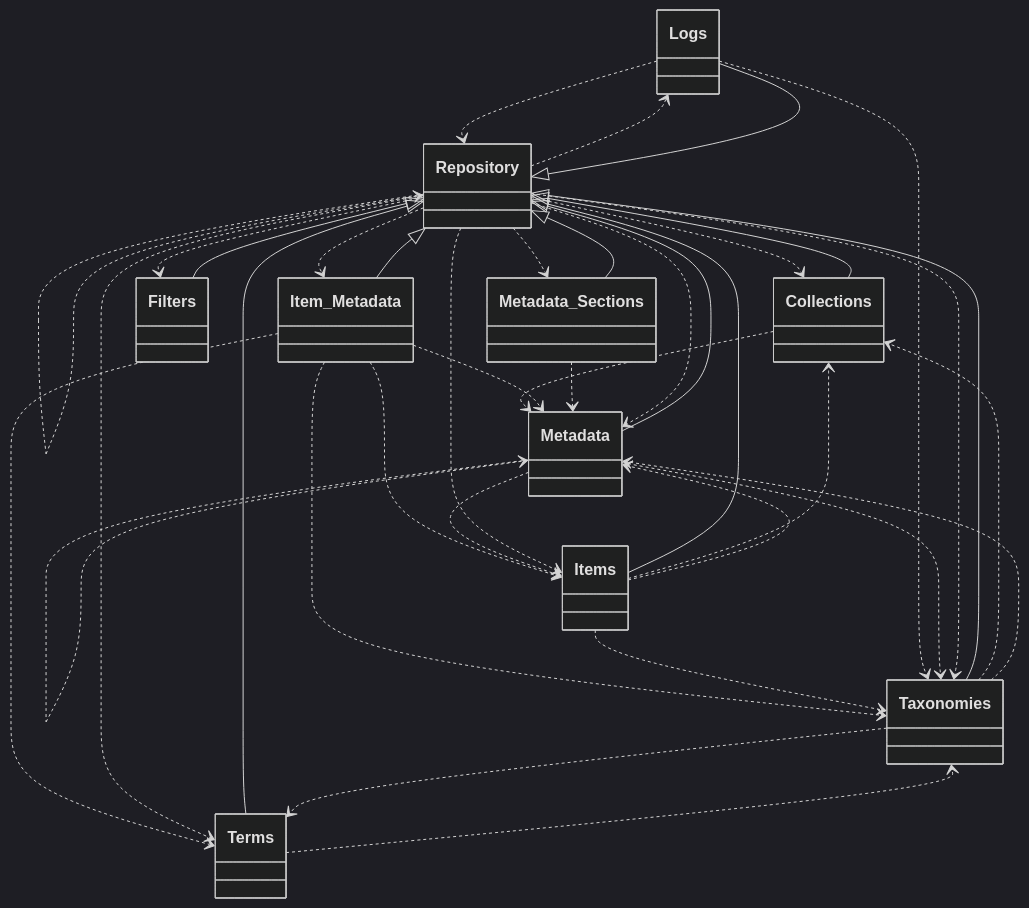
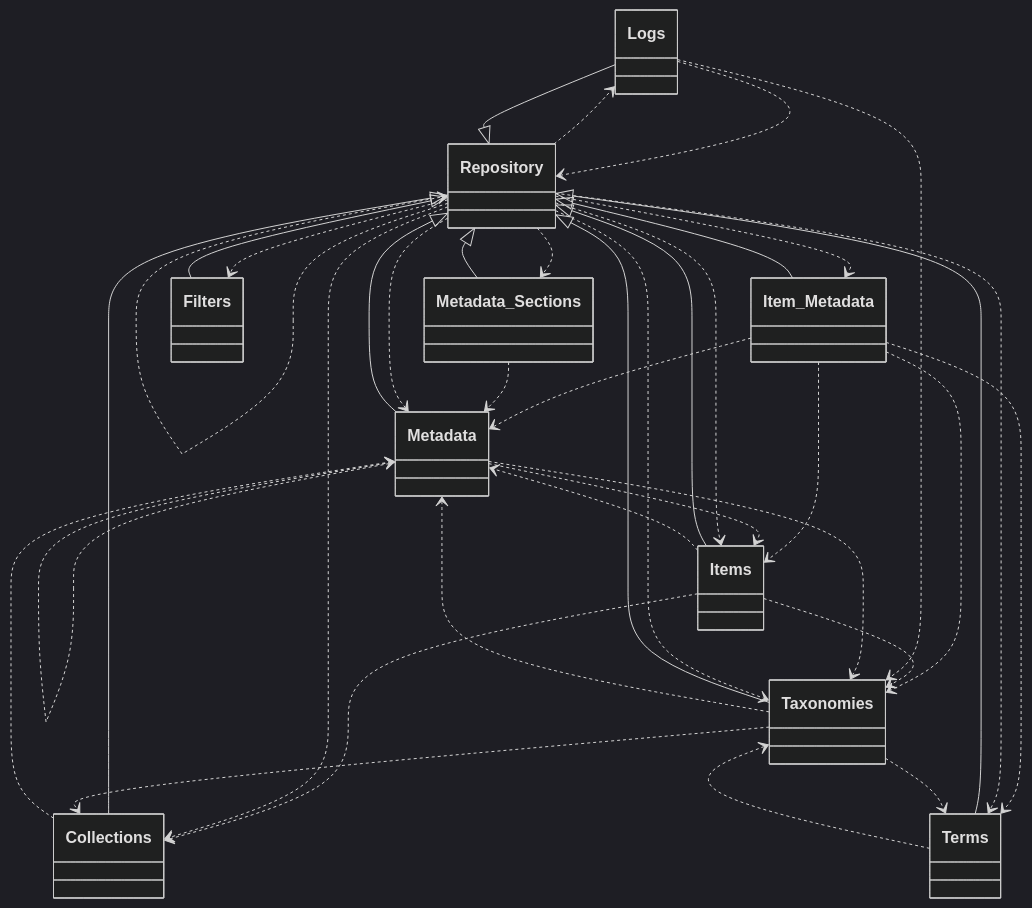
Before and after one commit to tainacan/tainacan: diagram 12 of 13 in docs/phpdoc/Home.md, drawn with Mermaid (dark theme). The commit also changed other lines of this file and 79 other files, not shown here.

````diff
--- a/docs/phpdoc/Home.md
+++ b/docs/phpdoc/Home.md
@@ -717,52 +722,52 @@
 ```mermaid
 classDiagram
     direction TB
-    class Collections { }
-    class Terms { }
     class Metadata_Sections { }
     class Logs { }
+    class Logs { }
     class Item_Metadata { }
-    class Logs { }
+    class Metadata { }
+    class Items { }
+    class Collections { }
+    class Repository { }
+    class Filters { }
+    class Terms { }
     class Taxonomies { }
-    class Metadata { }
-    class Repository { }
-    class Items { }
-    class Filters { }
     Collections ..> Metadata
     Item_Metadata ..> Items
     Item_Metadata ..> Metadata
     Item_Metadata ..> Taxonomies
     Item_Metadata ..> Terms
     Items ..> Collections
     Items ..> Metadata
     Items ..> Taxonomies
     Logs ..> Repository
     Logs ..> Taxonomies
     Metadata ..> Items
     Metadata ..> Metadata
     Metadata ..> Taxonomies
     Metadata_Sections ..> Metadata
     Repository ..> Collections
     Repository ..> Filters
     Repository ..> Item_Metadata
     Repository ..> Items
     Repository ..> Logs
     Repository ..> Metadata
     Repository ..> Metadata_Sections
     Repository ..> Repository
     Repository ..> Taxonomies
     Repository ..> Terms
     Repository <|-- Collections
     Repository <|-- Filters
     Repository <|-- Item_Metadata
     Repository <|-- Items
     Repository <|-- Logs
     Repository <|-- Metadata
     Repository <|-- Metadata_Sections
     Repository <|-- Taxonomies
     Repository <|-- Terms
     Taxonomies ..> Collections
     Taxonomies ..> Metadata
     Taxonomies ..> Terms
     Terms ..> Taxonomies
 ```
````
